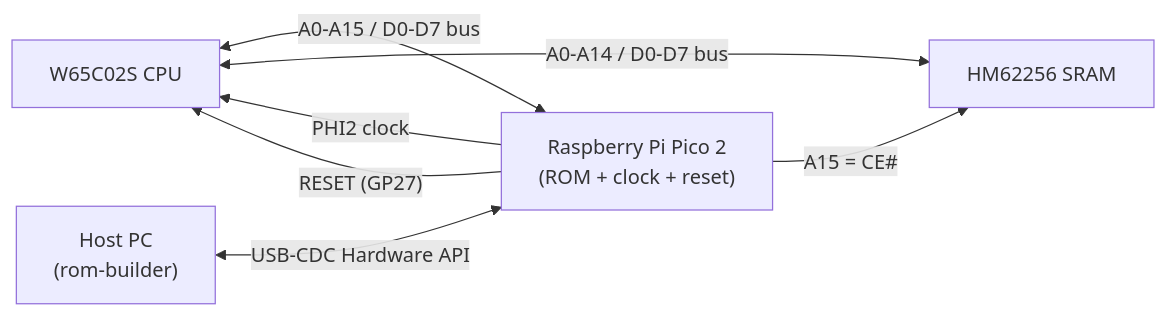
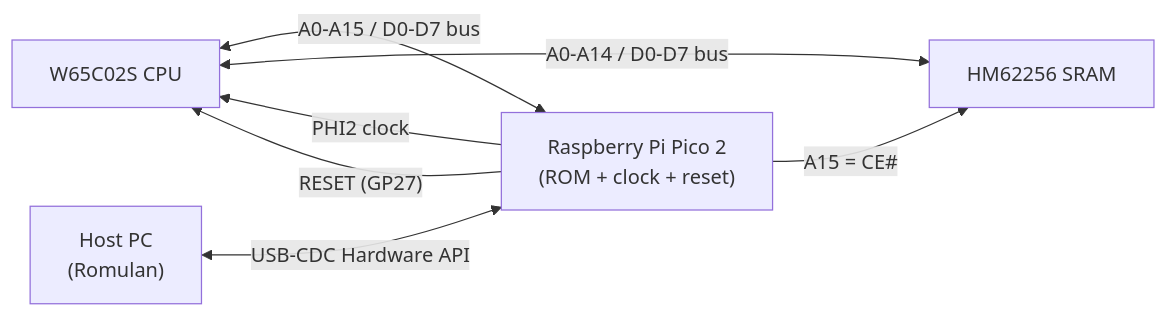
One commit to big-iron-cde/piclone changed the diagram in README.md. Above: the diagram before and after it, drawn with Mermaid. The commit also changed other lines of this file and 10 other files, not shown here.

````diff
--- a/README.md
+++ b/README.md
@@ -58,14 +58,14 @@
 ```mermaid
 flowchart LR
     CPU["W65C02S CPU"]
     Pico["Raspberry Pi Pico 2<br/>(ROM + clock + reset)"]
     RAM["HM62256 SRAM"]
-    Host["Host PC<br/>(rom-builder)"]
+    Host["Host PC<br/>(Romulan)"]
 
     CPU <-->|"A0-A15 / D0-D7 bus"| Pico
     CPU <-->|"A0-A14 / D0-D7 bus"| RAM
     Pico -->|"PHI2 clock"| CPU
     Pico -->|"RESET (GP27)"| CPU
     Pico -->|"A15 = CE#"| RAM
     Host <-->|"USB-CDC Hardware API"| Pico
 ```
````
